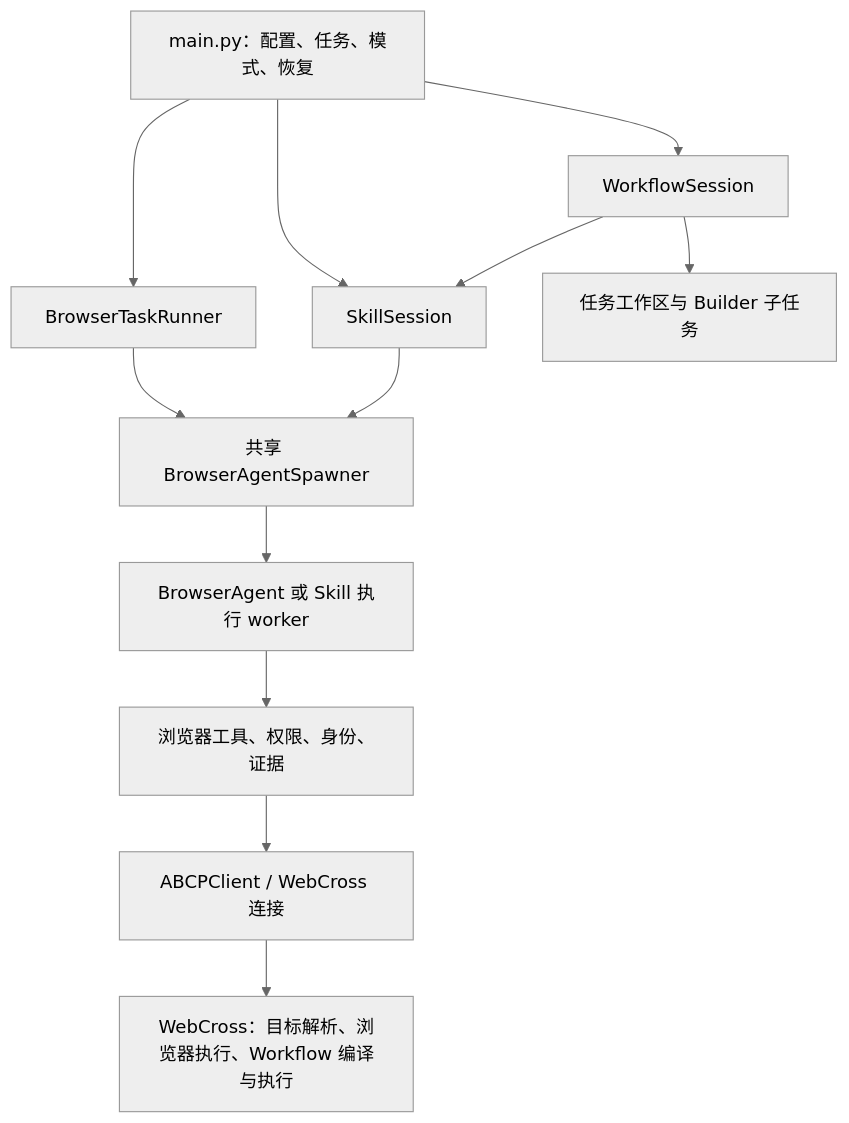
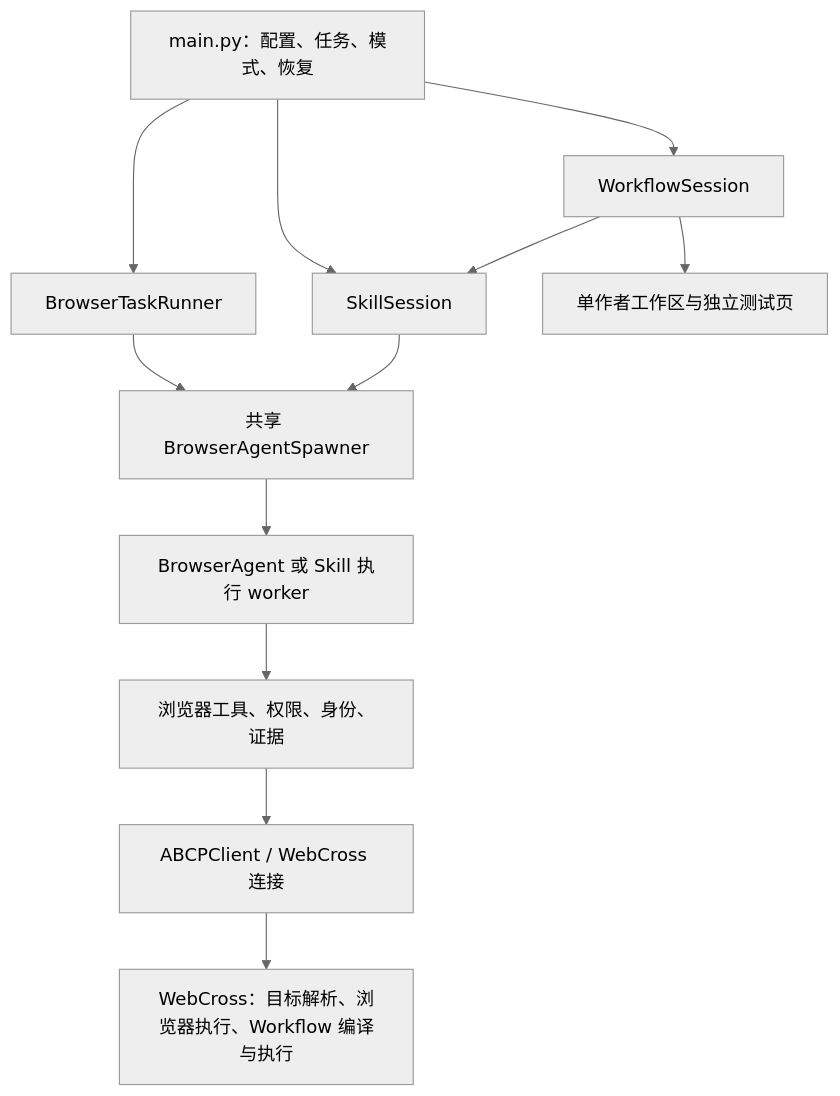
The diagram in docs/end-to-end-request-flow.md (VersaceP/browser_agent), drawn with Mermaid (neutral theme) before and after one commit. The commit also changed other lines of this file and 7 other files, not shown here.

````diff
--- a/docs/end-to-end-request-flow.md
+++ b/docs/end-to-end-request-flow.md
@@ -19,14 +19,14 @@
 ```mermaid
 flowchart TD
     cli[main.py：配置、任务、模式、恢复] --> browser[BrowserTaskRunner]
     cli --> owner[SkillSession]
     cli --> workflow[WorkflowSession]
     browser --> spawner[共享 BrowserAgentSpawner]
     owner --> spawner
     workflow --> owner
     spawner --> worker[BrowserAgent 或 Skill 执行 worker]
     worker --> tools[浏览器工具、权限、身份、证据]
     tools --> client[ABCPClient / WebCross 连接]
     client --> platform[WebCross：目标解析、浏览器执行、Workflow 编译与执行]
-    workflow --> builder[任务工作区与 Builder 子任务]
+    workflow --> builder[单作者工作区与独立测试页]
 ```
````
